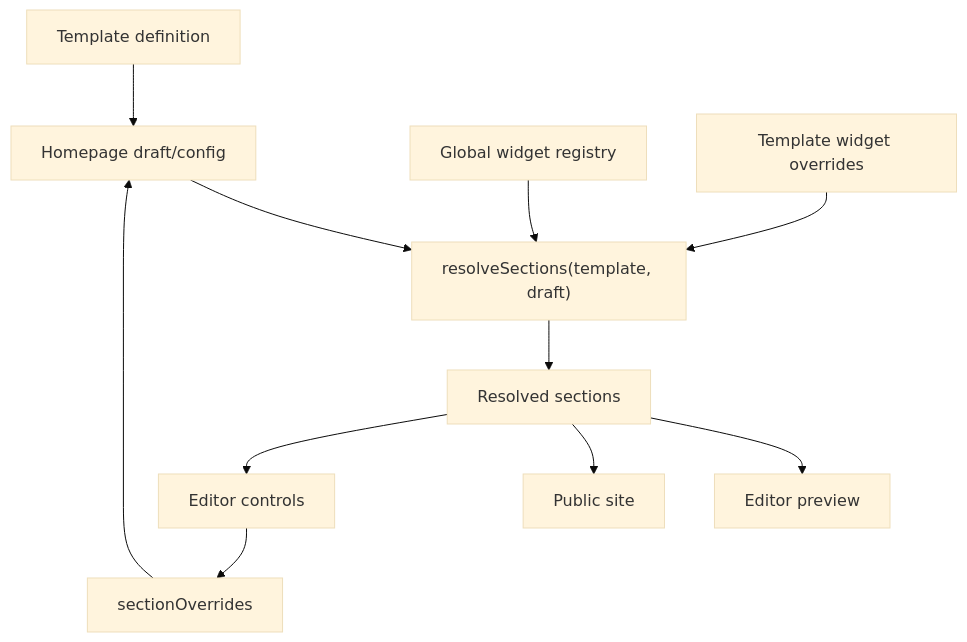
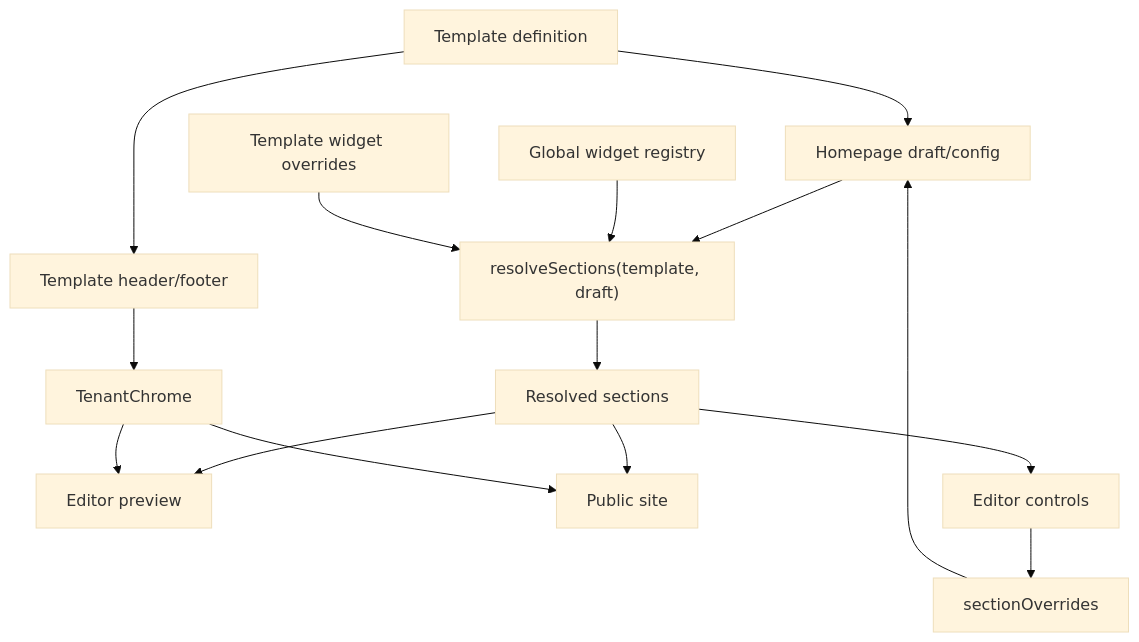
Before and after one commit to nhayath/editor-codex: the diagram in docs/template-authoring-guide.md, drawn with Mermaid (base theme). The commit also changed other lines of this file and 12 other files, not shown here.

````diff
--- a/docs/template-authoring-guide.md
+++ b/docs/template-authoring-guide.md
@@ -33,13 +37,17 @@
 ```mermaid
 flowchart TD
   A["Template definition"] --> B["Homepage draft/config"]
   B --> C["resolveSections(template, draft)"]
   D["Global widget registry"] --> C
   E["Template widget overrides"] --> C
+  A --> K["Template header/footer"]
   C --> F["Resolved sections"]
+  K --> L["TenantChrome"]
   F --> G["Editor preview"]
   F --> H["Public site"]
+  L --> G
+  L --> H
   F --> I["Editor controls"]
   I --> J["sectionOverrides"]
   J --> B
 ```
````
